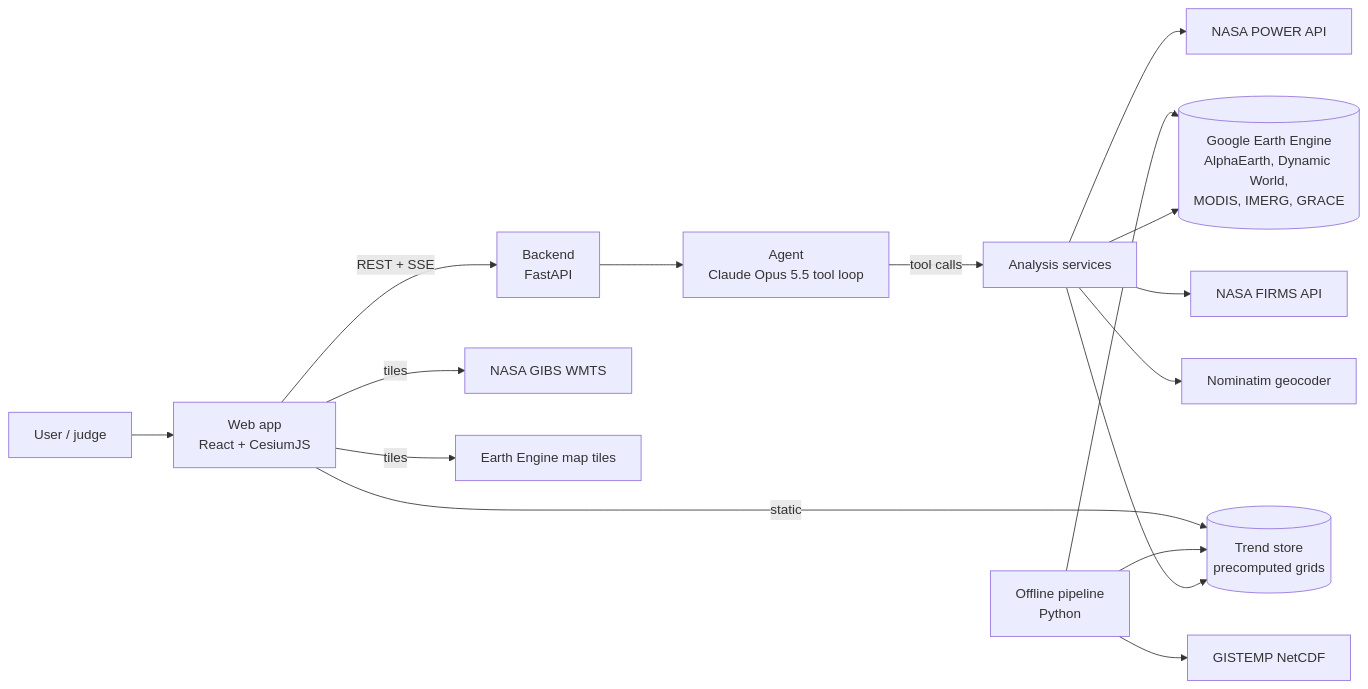
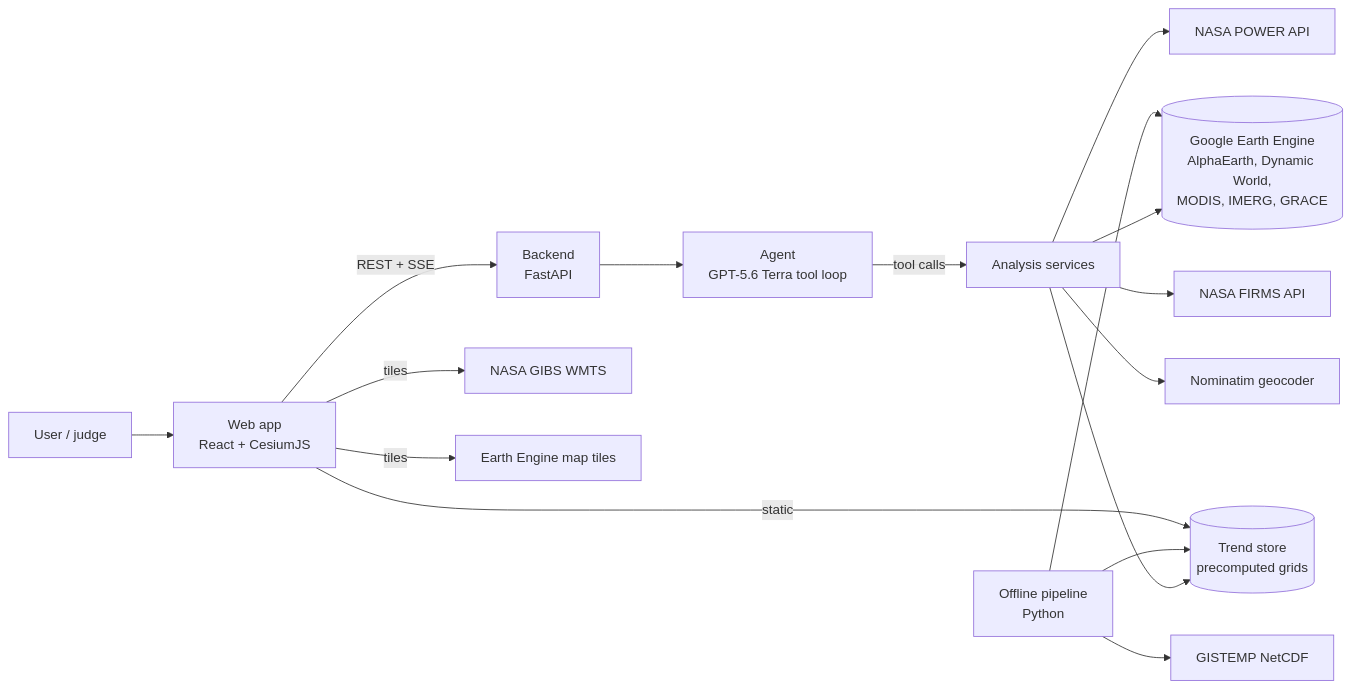
Before and after one commit to Abdullah-webd/ground-truth: the first of 3 diagrams in ARCHITECTURE.md, drawn with Mermaid. The commit also changed other lines of this file and 2 other files, not shown here.

Commit message:
docs: switch agent to OpenAI gpt-5.6-terra

````diff
--- a/ARCHITECTURE.md
+++ b/ARCHITECTURE.md
@@ -68,18 +68,18 @@
 ```mermaid
 flowchart LR
   U[User / judge] --> FE[Web app<br/>React + CesiumJS]
   FE -- REST + SSE --> BE[Backend<br/>FastAPI]
-  BE --> AG[Agent<br/>Claude Opus 5.5 tool loop]
+  BE --> AG[Agent<br/>GPT-5.6 Terra tool loop]
   AG -- tool calls --> SVC[Analysis services]
   SVC --> EE[(Google Earth Engine<br/>AlphaEarth, Dynamic World,<br/>MODIS, IMERG, GRACE)]
   SVC --> TR[(Trend store<br/>precomputed grids)]
   SVC --> PW[NASA POWER API]
   SVC --> FI[NASA FIRMS API]
   SVC --> GEO[Nominatim geocoder]
   PL[Offline pipeline<br/>Python] --> EE
   PL --> GI[GISTEMP NetCDF]
   PL --> TR
   FE -- tiles --> GIBS[NASA GIBS WMTS]
   FE -- tiles --> EEt[Earth Engine map tiles]
   FE -- static --> TR
 ```
````
